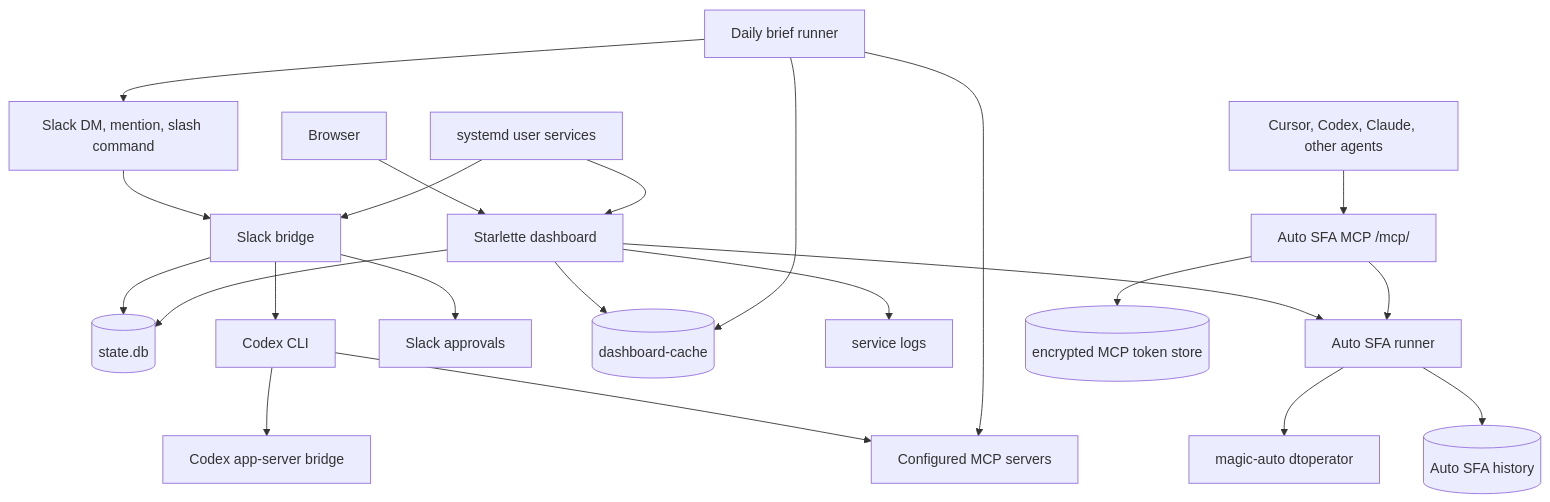
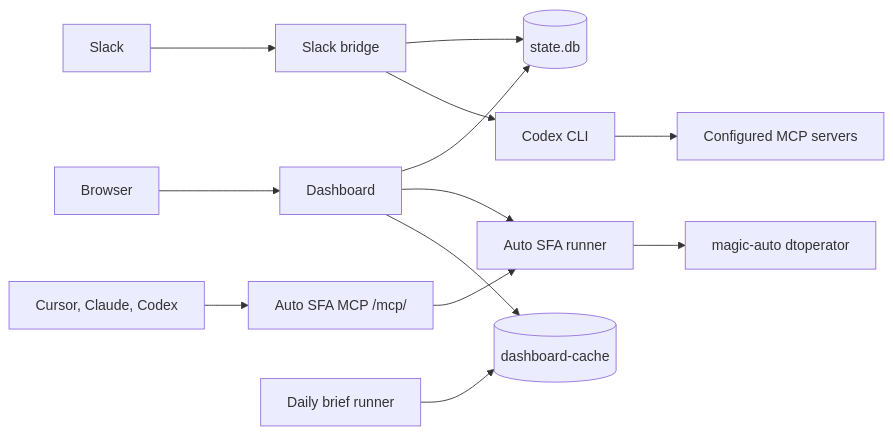
Before and after one commit to thanhpt1110/agent-me: the diagram in README.md, drawn with Mermaid. The commit also changed other lines of this file, not shown here.

````diff
--- a/README.md
+++ b/README.md
@@ -48,28 +42,18 @@
 ```mermaid
-flowchart TB
-    Slack[Slack DM, mention, slash command] --> Bridge[Slack bridge]
+flowchart LR
+    Slack[Slack] --> Bridge[Slack bridge]
     Bridge --> State[(state.db)]
     Bridge --> Codex[Codex CLI]
-    Bridge --> Approval[Slack approvals]
-    Codex --> AppServer[Codex app-server bridge]
-    Codex --> ExternalMCP[Configured MCP servers]
+    Codex --> MCP[Configured MCP servers]
 
-    Browser[Browser] --> Dashboard[Starlette dashboard]
+    Browser[Browser] --> Dashboard[Dashboard]
     Dashboard --> State
-    Dashboard --> Cache[(dashboard-cache)]
-    Dashboard --> Logs[service logs]
     Dashboard --> AutoRunner[Auto SFA runner]
 
-    MCPClient[Cursor, Codex, Claude, other agents] --> AutoMCP[Auto SFA MCP /mcp/]
-    AutoMCP --> TokenStore[(encrypted MCP token store)]
+    AgentClient[Cursor, Claude, Codex] --> AutoMCP[Auto SFA MCP /mcp/]
     AutoMCP --> AutoRunner
     AutoRunner --> MagicAuto[magic-auto dtoperator]
-    AutoRunner --> History[(Auto SFA history)]
 
     Brief[Daily brief runner] --> Cache
-    Brief --> Slack
-    Brief --> ExternalMCP
-
-    Systemd[systemd user services] --> Bridge
-    Systemd --> Dashboard
+    Dashboard --> Cache[(dashboard-cache)]
 ```
````
